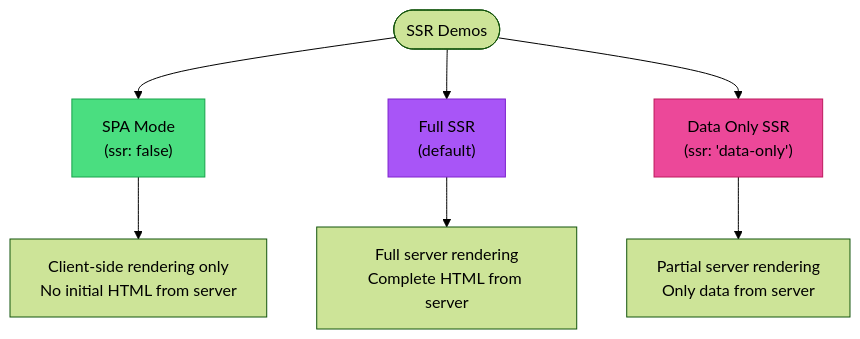
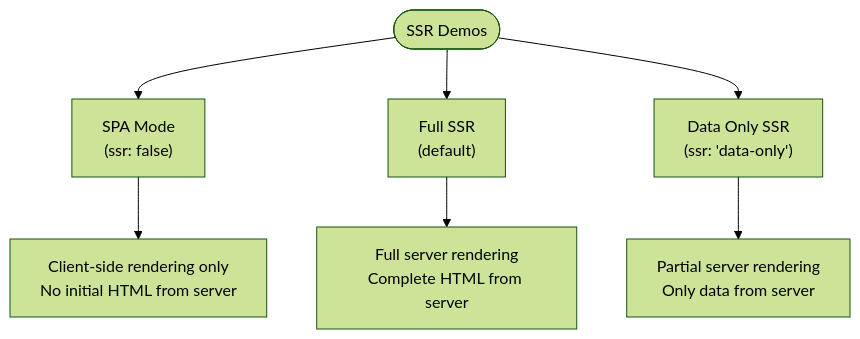
The fifth of 9 diagrams in .qoder/repowiki/en/content/Project Overview.md (electroheadfx/efx-libs), drawn with Mermaid (forest theme) before and after one commit. The commit also changed other lines of this file and 5 other files, not shown here.

First line of the commit message:
refactor(efx-charts): simplify deferred data handling and clean chart props

````diff
--- a/.qoder/repowiki/en/content/Project Overview.md
+++ b/.qoder/repowiki/en/content/Project Overview.md
@@ -162,12 +176,9 @@
 ```mermaid
 flowchart TD
 Start([SSR Demos]) --> A["SPA Mode\n(ssr: false)"]
 Start --> B["Full SSR\n(default)"]
 Start --> C["Data Only SSR\n(ssr: 'data-only')"]
 A --> D["Client-side rendering only\nNo initial HTML from server"]
 B --> E["Full server rendering\nComplete HTML from server"]
 C --> F["Partial server rendering\nOnly data from server"]
-style A fill:#4ade80,stroke:#16a34a
-style B fill:#a855f7,stroke:#7e22ce
-style C fill:#ec4899,stroke:#be185d
 ```
````
